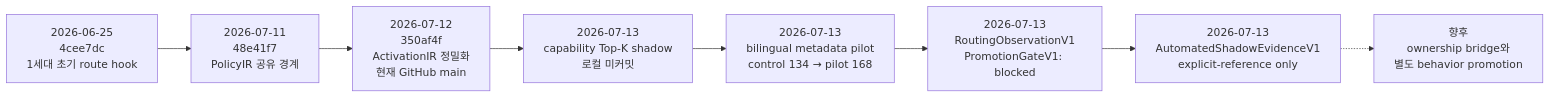
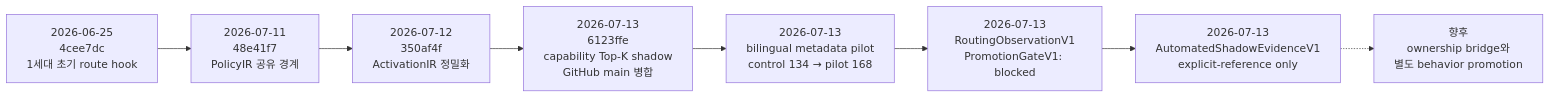
Before and after one commit to chowonje/lazy-skill-router: the fifth of 7 diagrams in docs/architecture-evolution.md, drawn with Mermaid. The commit also changed other lines of this file and 68 other files, not shown here.

````diff
--- a/docs/architecture-evolution.md
+++ b/docs/architecture-evolution.md
@@ -112,13 +112,13 @@
 ```mermaid
 flowchart LR
     G1["2026-06-25<br/>4cee7dc<br/>1세대 초기 route hook"]
     G2A["2026-07-11<br/>48e41f7<br/>PolicyIR 공유 경계"]
-    G2B["2026-07-12<br/>350af4f<br/>ActivationIR 정밀화<br/>현재 GitHub main"]
-    G3["2026-07-13<br/>capability Top-K shadow<br/>로컬 미커밋"]
+    G2B["2026-07-12<br/>350af4f<br/>ActivationIR 정밀화"]
+    G3["2026-07-13<br/>6123ffe<br/>capability Top-K shadow<br/>GitHub main 병합"]
     G3B["2026-07-13<br/>bilingual metadata pilot<br/>control 134 → pilot 168"]
     G3C["2026-07-13<br/>RoutingObservationV1<br/>PromotionGateV1: blocked"]
     G3D["2026-07-13<br/>AutomatedShadowEvidenceV1<br/>explicit-reference only"]
     FUT["향후<br/>ownership bridge와<br/>별도 behavior promotion"]
 
     G1 --> G2A --> G2B --> G3 --> G3B --> G3C --> G3D -.-> FUT
 ```
````
